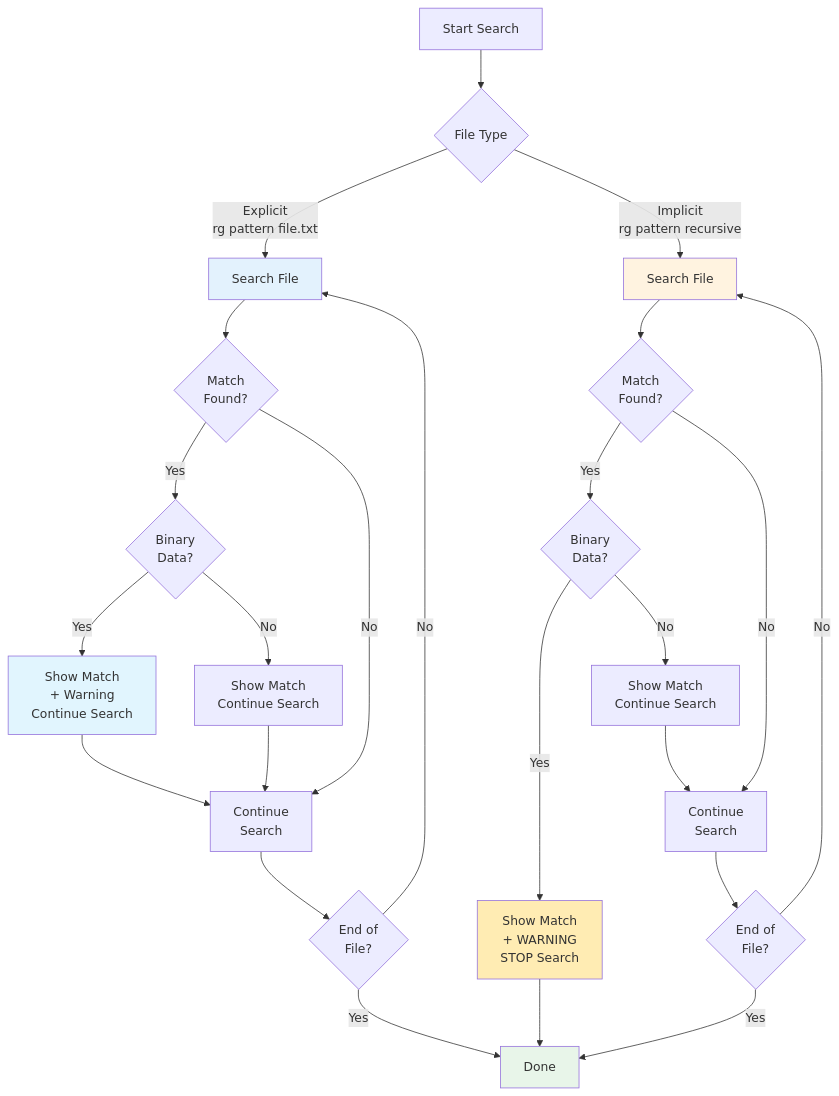
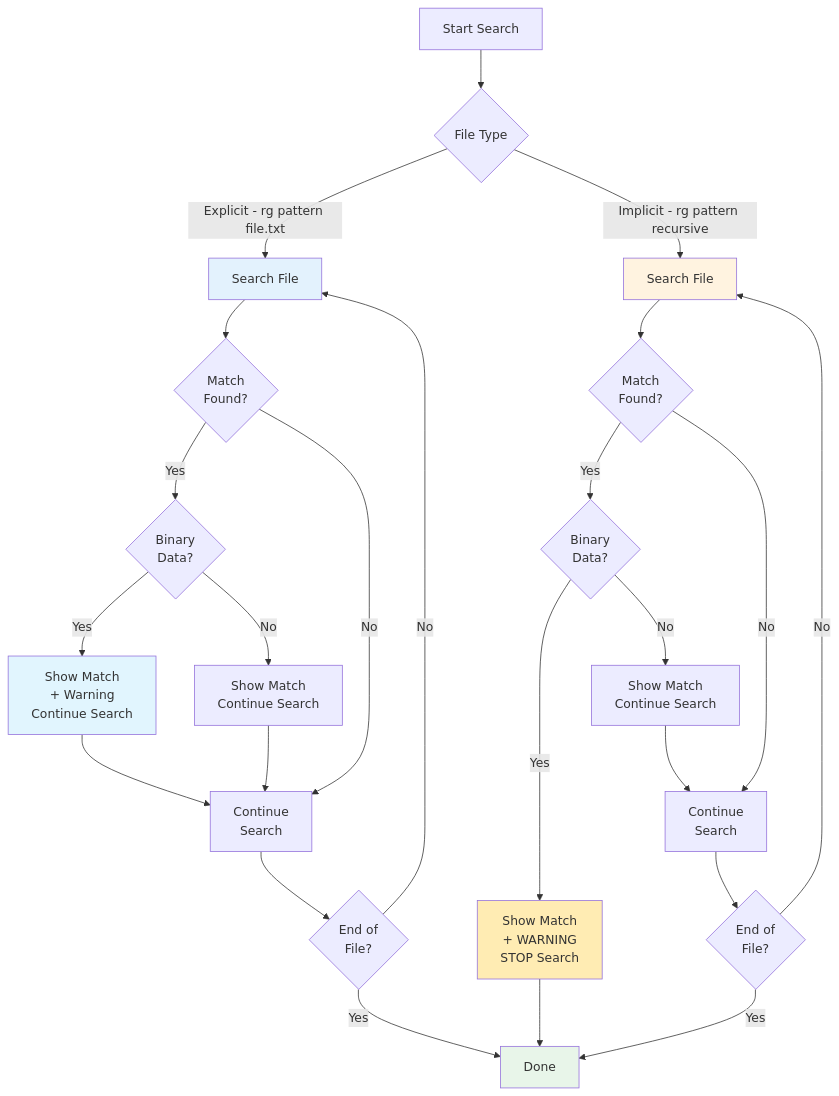
The diagram in docs/binary-data/explicit-implicit.md (iepathos/ripgrep), drawn with Mermaid before and after one commit. The commit also changed 10 other files, not shown here.

First line of the commit message:
fix: replace all <br/> tags with proper multi-line syntax in Mermaid diagrams

````diff
--- a/docs/binary-data/explicit-implicit.md
+++ b/docs/binary-data/explicit-implicit.md
@@ -17,41 +17,55 @@
 ```mermaid
 flowchart TD
     Start[Start Search] --> Type{File Type}
 
-    Type -->|Explicit<br/>rg pattern file.txt| ExplicitSearch[Search File]
-    Type -->|Implicit<br/>rg pattern recursive| ImplicitSearch[Search File]
+    Type -->|Explicit - rg pattern file.txt| ExplicitSearch[Search File]
+    Type -->|Implicit - rg pattern recursive| ImplicitSearch[Search File]
 
-    ExplicitSearch --> ExplicitMatch{"Match<br/>Found?"}
-    ImplicitSearch --> ImplicitMatch{"Match<br/>Found?"}
+    ExplicitSearch --> ExplicitMatch{"Match
+Found?"}
+    ImplicitSearch --> ImplicitMatch{"Match
+Found?"}
 
-    ExplicitMatch -->|Yes| ExplicitBinary{"Binary<br/>Data?"}
-    ImplicitMatch -->|Yes| ImplicitBinary{"Binary<br/>Data?"}
+    ExplicitMatch -->|Yes| ExplicitBinary{"Binary
+Data?"}
+    ImplicitMatch -->|Yes| ImplicitBinary{"Binary
+Data?"}
 
-    ExplicitBinary -->|Yes| ExplicitWarn["Show Match<br/>+ Warning<br/>Continue Search"]
-    ExplicitBinary -->|No| ExplicitShow["Show Match<br/>Continue Search"]
+    ExplicitBinary -->|Yes| ExplicitWarn["Show Match
++ Warning
+Continue Search"]
+    ExplicitBinary -->|No| ExplicitShow["Show Match
+Continue Search"]
 
-    ImplicitBinary -->|Yes| ImplicitWarn["Show Match<br/>+ WARNING<br/>STOP Search"]
-    ImplicitBinary -->|No| ImplicitShow["Show Match<br/>Continue Search"]
+    ImplicitBinary -->|Yes| ImplicitWarn["Show Match
++ WARNING
+STOP Search"]
+    ImplicitBinary -->|No| ImplicitShow["Show Match
+Continue Search"]
 
-    ExplicitMatch -->|No| ExplicitContinue["Continue<br/>Search"]
-    ImplicitMatch -->|No| ImplicitContinue["Continue<br/>Search"]
+    ExplicitMatch -->|No| ExplicitContinue["Continue
+Search"]
+    ImplicitMatch -->|No| ImplicitContinue["Continue
+Search"]
 
     ExplicitWarn --> ExplicitContinue
     ExplicitShow --> ExplicitContinue
     ImplicitWarn --> End[Done]
     ImplicitShow --> ImplicitContinue
 
-    ExplicitContinue --> ExplicitEOF{"End of<br/>File?"}
-    ImplicitContinue --> ImplicitEOF{"End of<br/>File?"}
+    ExplicitContinue --> ExplicitEOF{"End of
+File?"}
+    ImplicitContinue --> ImplicitEOF{"End of
+File?"}
 
     ExplicitEOF -->|No| ExplicitSearch
     ExplicitEOF -->|Yes| End
     ImplicitEOF -->|No| ImplicitSearch
     ImplicitEOF -->|Yes| End
 
     style ExplicitSearch fill:#e3f2fd
     style ImplicitSearch fill:#fff3e0
     style ExplicitWarn fill:#e1f5fe
     style ImplicitWarn fill:#ffecb3
     style End fill:#e8f5e9
 ```
````
